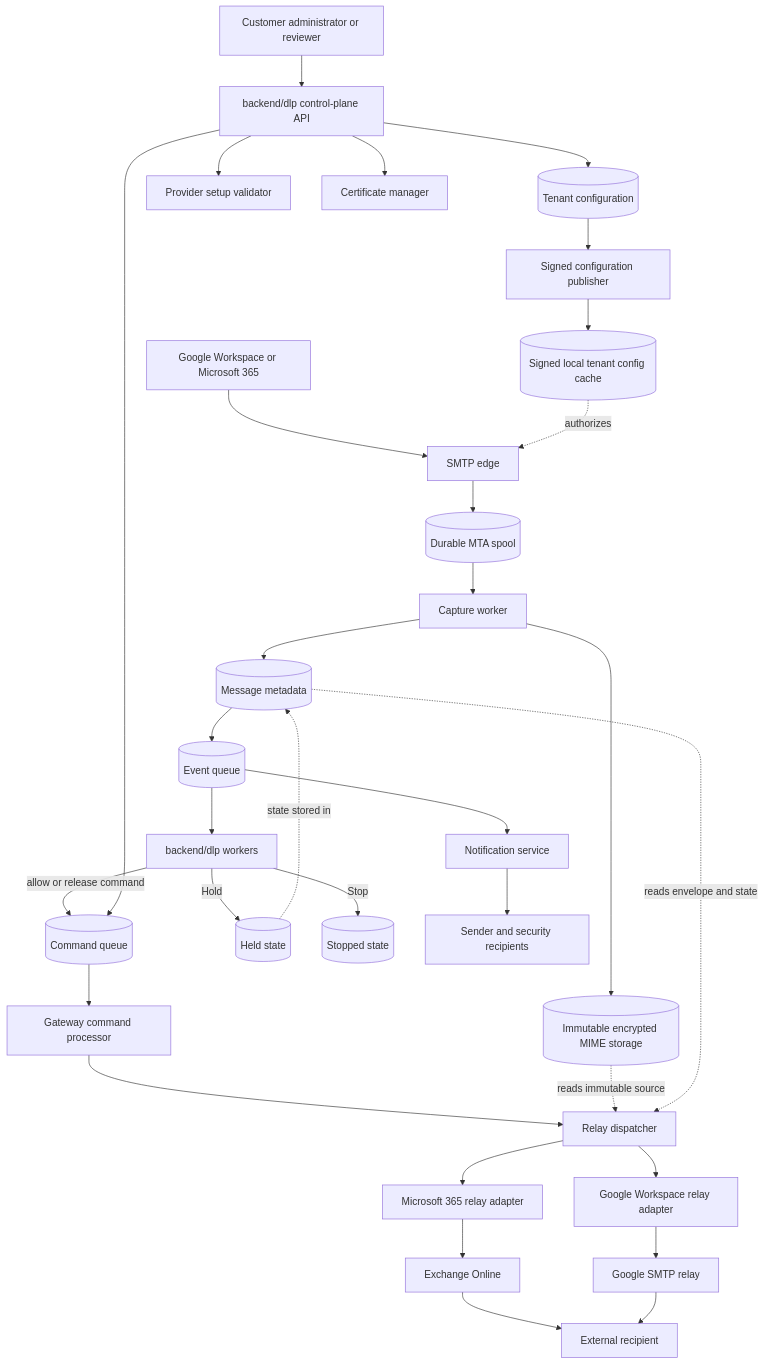
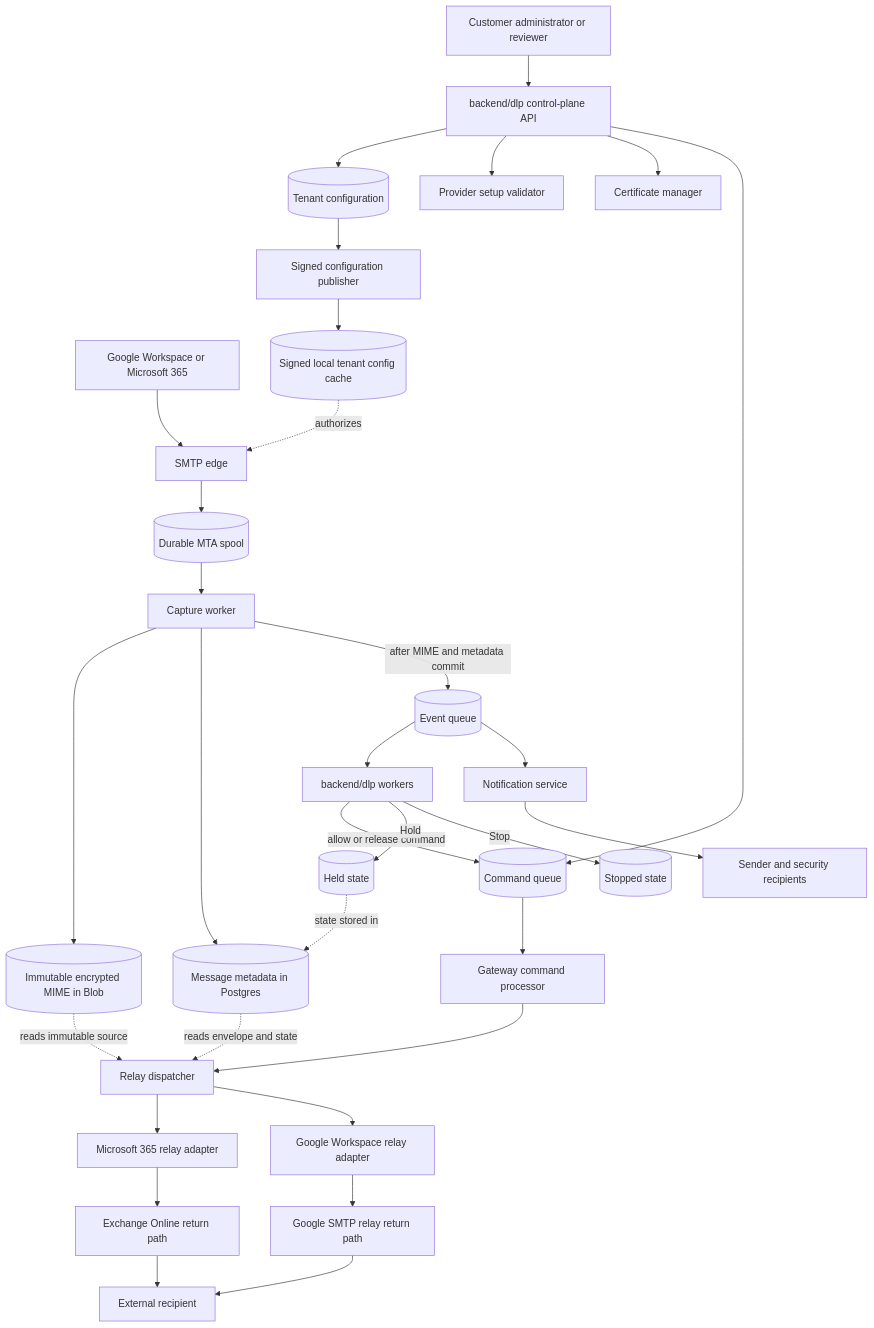
Before and after one commit to Himaya-AI/himaya-prod-azure: the third of 10 diagrams in docs/DLP_INGRESS_GATEWAY_PLAN.md, drawn with Mermaid. The commit also changed other lines of this file and 1 other file, not shown here.

First line of the commit message:
Document shared Himaya Azure resources and fix DLP architecture diagrams.

````diff
--- a/docs/DLP_INGRESS_GATEWAY_PLAN.md
+++ b/docs/DLP_INGRESS_GATEWAY_PLAN.md
@@ -144,38 +185,38 @@
 ```mermaid
 flowchart TD
     Provider[Google Workspace or Microsoft 365] --> Edge[SMTP edge]
     ConfigCache[(Signed local tenant config cache)] -. authorizes .-> Edge
     Edge --> Spool[(Durable MTA spool)]
     Spool --> Capture[Capture worker]
-    Capture --> MIME[(Immutable encrypted MIME storage)]
-    Capture --> Metadata[(Message metadata)]
-    Metadata --> Events[(Event queue)]
+    Capture --> MIME[(Immutable encrypted MIME in Blob)]
+    Capture --> Metadata[(Message metadata in Postgres)]
+    Capture -->|after MIME and metadata commit| Events[(Event queue)]
 
     Events --> AppWorkers[backend/dlp workers]
     AppWorkers -->|allow or release command| Commands[(Command queue)]
     AppWorkers -->|Hold| Held[(Held state)]
     AppWorkers -->|Stop| Stopped[(Stopped state)]
     Held -. state stored in .-> Metadata
 
     Commands --> CommandProcessor[Gateway command processor]
     CommandProcessor --> Relay[Relay dispatcher]
     Relay --> M365Adapter[Microsoft 365 relay adapter]
     Relay --> GoogleAdapter[Google Workspace relay adapter]
     MIME -. reads immutable source .-> Relay
     Metadata -. reads envelope and state .-> Relay
-    M365Adapter --> EXO[Exchange Online]
-    GoogleAdapter --> GoogleRelay[Google SMTP relay]
+    M365Adapter --> EXO[Exchange Online return path]
+    GoogleAdapter --> GoogleRelay[Google SMTP relay return path]
     EXO --> Recipient[External recipient]
     GoogleRelay --> Recipient
 
     Admin[Customer administrator or reviewer] --> API[backend/dlp control-plane API]
     API --> Config[(Tenant configuration)]
     API --> Setup[Provider setup validator]
     API --> Certificates[Certificate manager]
     API --> Commands
     Config --> Publisher[Signed configuration publisher]
     Publisher --> ConfigCache
 
     Events --> Notifications[Notification service]
     Notifications --> Sender[Sender and security recipients]
 ```
````
